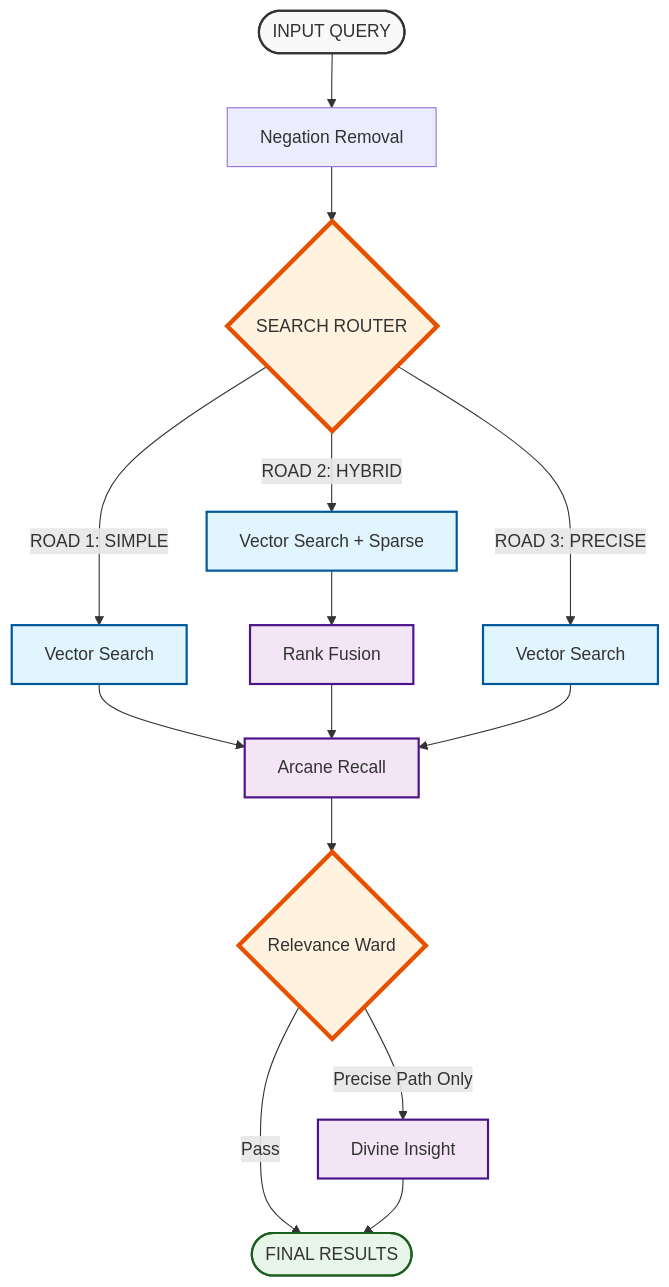
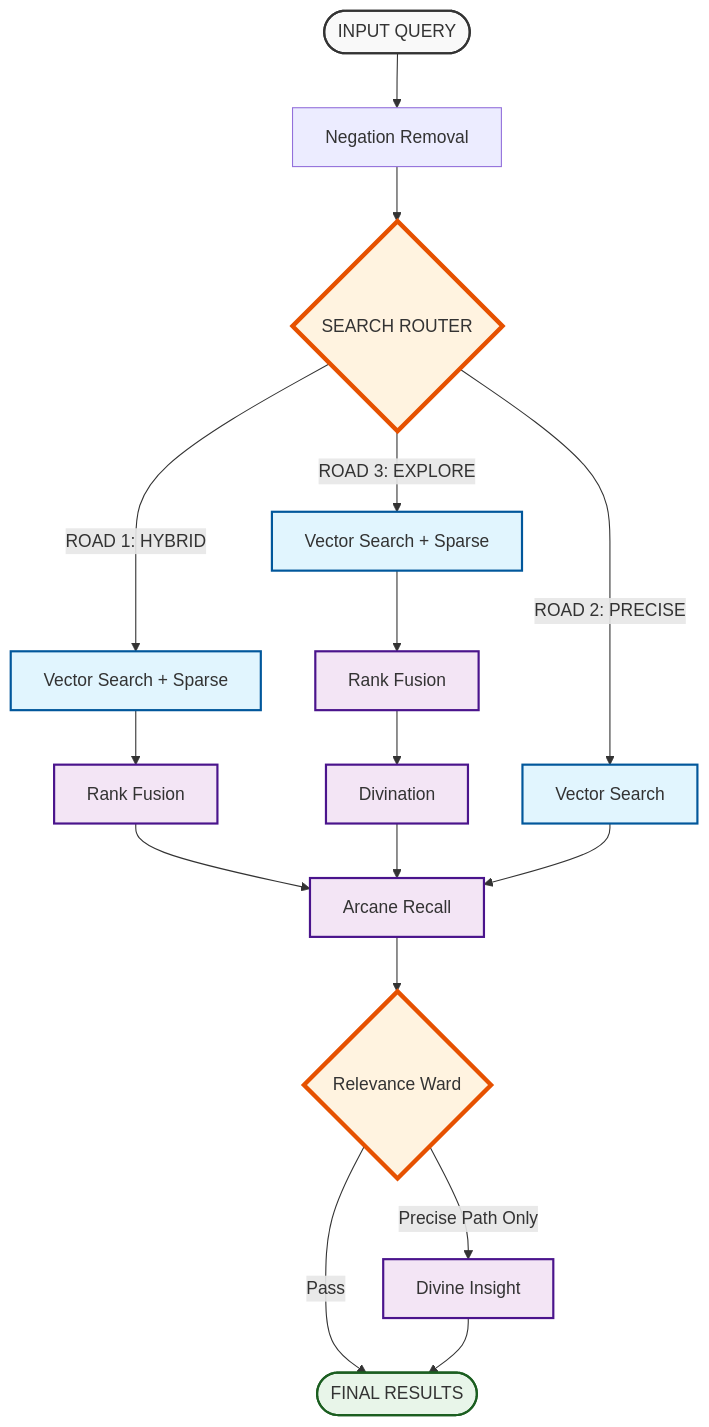
One commit to BansheeEmperor/candlekeep changed the second of 5 diagrams in docs/ARCHITECTURE.md. Above: the diagram before and after it, drawn with Mermaid. The commit also changed other lines of this file and 4 other files, not shown here.

First line of the commit message:
docs: document Divination and the simple-to-explore transition

````diff
--- a/docs/ARCHITECTURE.md
+++ b/docs/ARCHITECTURE.md
@@ -78,35 +78,39 @@
 ```mermaid
 graph TD
     classDef start fill:#f9f9f9,stroke:#333,stroke-width:2px;
     classDef path fill:#e1f5fe,stroke:#01579b,stroke-width:2px;
     classDef process fill:#f3e5f5,stroke:#4a148c,stroke-width:2px;
     classDef result fill:#e8f5e9,stroke:#1b5e20,stroke-width:2px;
     classDef decision fill:#fff3e0,stroke:#e65100,stroke-width:4px;
 
     Query([INPUT QUERY]) --> Neg[Negation Removal]
     Neg --> Router{SEARCH ROUTER}
     class Query start;
     class Router decision;
     
-    Router -- ROAD 1: SIMPLE --> Simple[Vector Search]
-    Router -- ROAD 2: HYBRID --> Hybrid[Vector Search + Sparse]
-    Router -- ROAD 3: PRECISE --> Precise[Vector Search]
-    class Simple,Hybrid,Precise path;
+    Router -- ROAD 1: HYBRID --> Hybrid[Vector Search + Sparse]
+    Router -- ROAD 2: PRECISE --> Precise[Vector Search]
+    Router -- ROAD 3: EXPLORE --> Explore[Vector Search + Sparse]
+    class Hybrid,Precise,Explore path;
     
     Hybrid --> Fusion[Rank Fusion]
-    class Fusion process;
+    Explore --> Fusion2[Rank Fusion]
+    class Fusion,Fusion2 process;
     
-    Simple --> Recall[Arcane Recall]
-    Fusion --> Recall
+    Fusion2 --> Graph[Divination]
+    class Graph process;
+    
+    Fusion --> Recall[Arcane Recall]
+    Graph --> Recall
     Precise --> Recall
     class Recall process;
     
     Recall --> Ward{Relevance Ward}
     class Ward decision;
     
     Ward -- Pass --> Results([FINAL RESULTS])
     Ward -- Precise Path Only --> Divine[Divine Insight]
     Divine --> Results
     class Results result;
     class Divine process;
 ```
````
